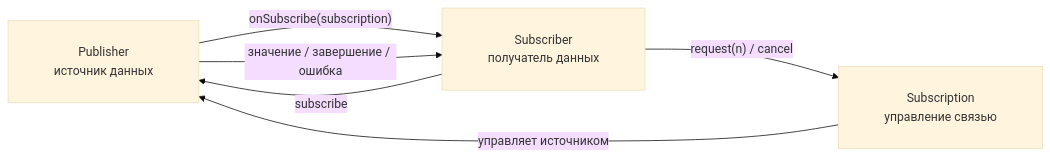
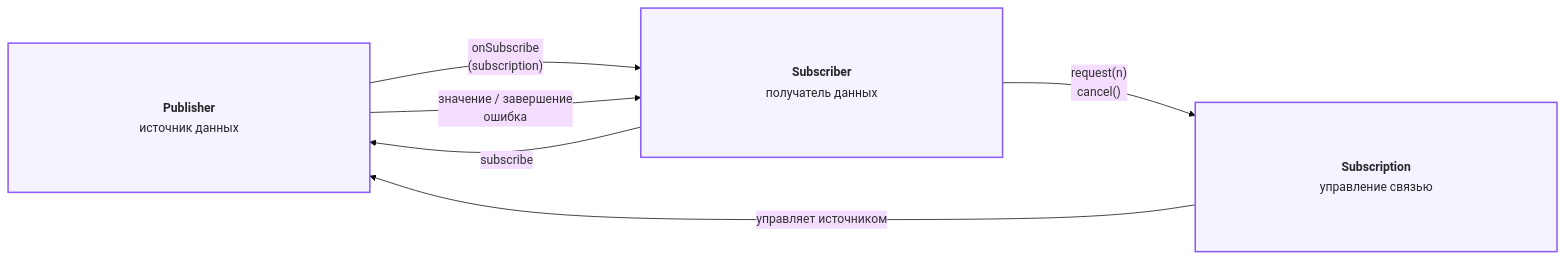
Before and after one commit to omarakkulov/reactive-learning: the second of 5 diagrams in src/main/java/com/akkulov/reactive_learning/modules/V5_reactive_streams_practice/full-plan.md, drawn with Mermaid (base theme). The commit also changed other lines of this file and 1 other file, not shown here.

Commit message:
5 лекция

````diff
--- a/src/main/java/com/akkulov/reactive_learning/modules/V5_reactive_streams_practice/full-plan.md
+++ b/src/main/java/com/akkulov/reactive_learning/modules/V5_reactive_streams_practice/full-plan.md
@@ -373,12 +373,15 @@
 ```mermaid
-%%{init: {"flowchart": {"nodeSpacing": 90, "rankSpacing": 120, "padding": 30}}}%%
+%%{init: {"flowchart": {"htmlLabels": true, "nodeSpacing": 120, "rankSpacing": 180, "padding": 45}}}%%
 flowchart LR
-    Publisher["Publisher<br/>источник данных"]
-    Subscription["Subscription<br/>управление связью"]
-    Subscriber["Subscriber<br/>получатель данных"]
+    Publisher["<div style='width:260px;padding:26px 18px;line-height:1.7;text-align:center'><strong>Publisher</strong><br/>источник данных</div>"]
+    Subscription["<div style='width:260px;padding:26px 18px;line-height:1.7;text-align:center'><strong>Subscription</strong><br/>управление связью</div>"]
+    Subscriber["<div style='width:260px;padding:26px 18px;line-height:1.7;text-align:center'><strong>Subscriber</strong><br/>получатель данных</div>"]
     Subscriber -->|" subscribe "| Publisher
-    Publisher -->|" onSubscribe(subscription) "| Subscriber
-    Subscriber -->|" request(n) / cancel "| Subscription
+    Publisher -->|" onSubscribe<br/>(subscription) "| Subscriber
+    Subscriber -->|" request(n)<br/>cancel() "| Subscription
     Subscription -->|" управляет источником "| Publisher
-    Publisher -->|" значение / завершение / ошибка "| Subscriber
+    Publisher -->|" значение / завершение<br/>ошибка "| Subscriber
+
+    classDef role fill:#f5f3ff,stroke:#8b5cf6,stroke-width:2px,color:#262626;
+    class Publisher,Subscription,Subscriber role;
 ```
````
